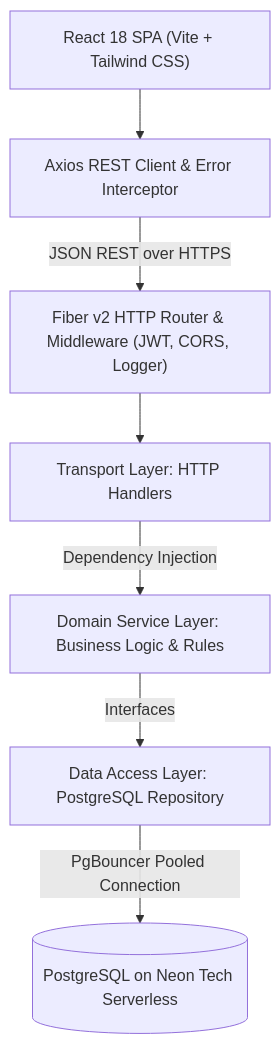
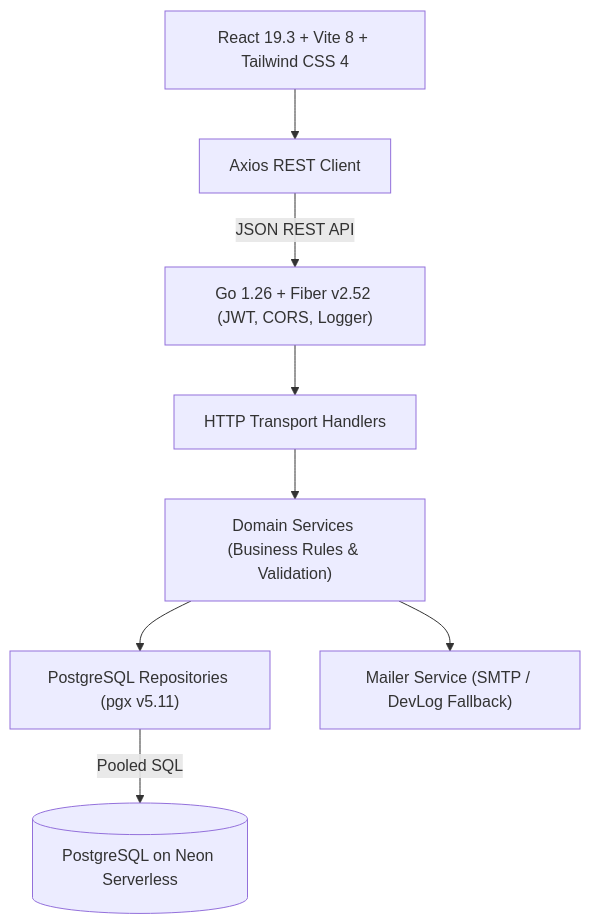
One commit to rakaalpiansyah/PeerLearn changed the diagram in README.md. Above: the diagram before and after it, drawn with Mermaid. The commit also changed other lines of this file and 1 other file, not shown here.

````diff
--- a/README.md
+++ b/README.md
@@ -51,17 +42,19 @@
 ```mermaid
 graph TD
-    Client["React 18 SPA (Vite + Tailwind CSS)"]
-    APIClient["Axios REST Client & Error Interceptor"]
-    Router["Fiber v2 HTTP Router & Middleware (JWT, CORS, Logger)"]
-    Handler["Transport Layer: HTTP Handlers"]
-    Service["Domain Service Layer: Business Logic & Rules"]
-    Repo["Data Access Layer: PostgreSQL Repository"]
-    DB[("PostgreSQL on Neon Tech Serverless")]
+    Client["React 19.3 + Vite 8 + Tailwind CSS 4"]
+    APIClient["Axios REST Client"]
+    Router["Go 1.26 + Fiber v2.52 (JWT, CORS, Logger)"]
+    Handler["HTTP Transport Handlers"]
+    Service["Domain Services (Business Rules & Validation)"]
+    Repo["PostgreSQL Repositories (pgx v5.11)"]
+    Mailer["Mailer Service (SMTP / DevLog Fallback)"]
+    DB[("PostgreSQL on Neon Serverless")]
 
     Client --> APIClient
-    APIClient -->|JSON REST over HTTPS| Router
+    APIClient -->|JSON REST API| Router
     Router --> Handler
-    Handler -->|Dependency Injection| Service
-    Service -->|Interfaces| Repo
-    Repo -->|PgBouncer Pooled Connection| DB
+    Handler --> Service
+    Service --> Repo
+    Service --> Mailer
+    Repo -->|Pooled SQL| DB
 ```
````
